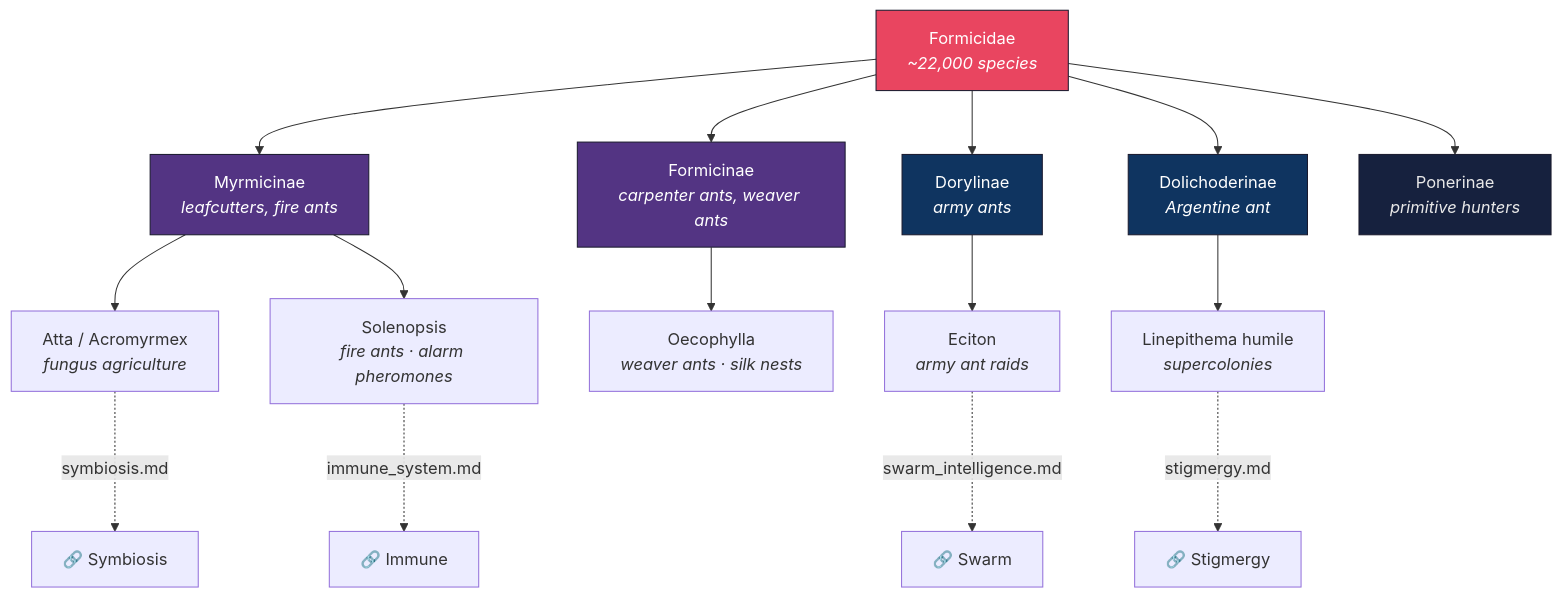
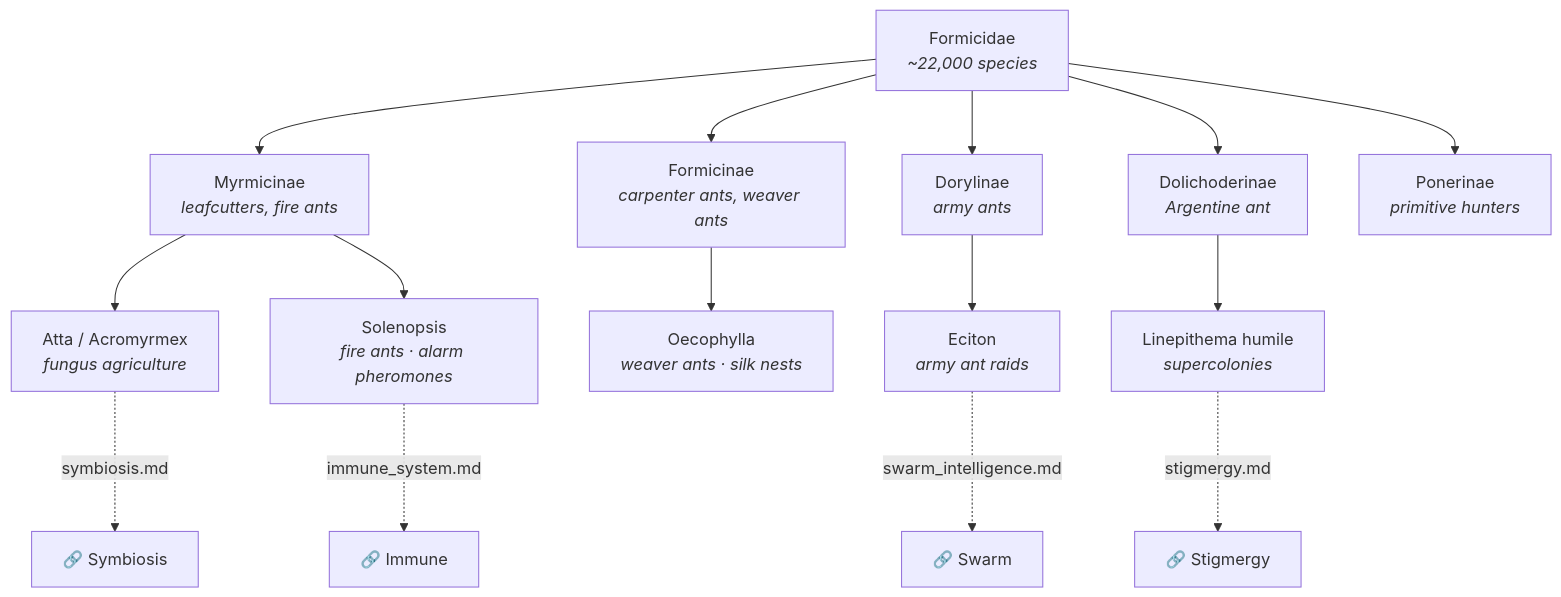
Before and after one commit to docxology/codomyrmex: the first of 3 diagrams in docs/bio/myrmecology.md, drawn with Mermaid. The commit also changed other lines of this file and 86 other files, not shown here.

````diff
--- a/docs/bio/myrmecology.md
+++ b/docs/bio/myrmecology.md
@@ -15,28 +15,21 @@
 ```mermaid
 graph TD
     FORM["Formicidae<br/><i>~22,000 species</i>"]
 
     FORM --> MYRM["Myrmicinae<br/><i>leafcutters, fire ants</i>"]
     FORM --> FORMI["Formicinae<br/><i>carpenter ants, weaver ants</i>"]
     FORM --> DORY["Dorylinae<br/><i>army ants</i>"]
     FORM --> DOLI["Dolichoderinae<br/><i>Argentine ant</i>"]
     FORM --> PONE["Ponerinae<br/><i>primitive hunters</i>"]
 
     MYRM --> ATTA["Atta / Acromyrmex<br/><i>fungus agriculture</i>"]
     MYRM --> SOLE["Solenopsis<br/><i>fire ants · alarm pheromones</i>"]
     FORMI --> OECO["Oecophylla<br/><i>weaver ants · silk nests</i>"]
     DORY --> ECIT["Eciton<br/><i>army ant raids</i>"]
     DOLI --> LINE["Linepithema humile<br/><i>supercolonies</i>"]
 
     ATTA -..->|"symbiosis.md"| SY["🔗 Symbiosis"]
     ECIT -..->|"swarm_intelligence.md"| SW["🔗 Swarm"]
     LINE -..->|"stigmergy.md"| ST["🔗 Stigmergy"]
     SOLE -..->|"immune_system.md"| IM["🔗 Immune"]
-
-    style FORM fill:#e94560,stroke:#1a1a2e,color:#fff
-    style MYRM fill:#533483,stroke:#1a1a2e,color:#fff
-    style FORMI fill:#533483,stroke:#1a1a2e,color:#fff
-    style DORY fill:#0f3460,stroke:#1a1a2e,color:#fff
-    style DOLI fill:#0f3460,stroke:#1a1a2e,color:#fff
-    style PONE fill:#16213e,stroke:#1a1a2e,color:#e8e8e8
 ```
````
